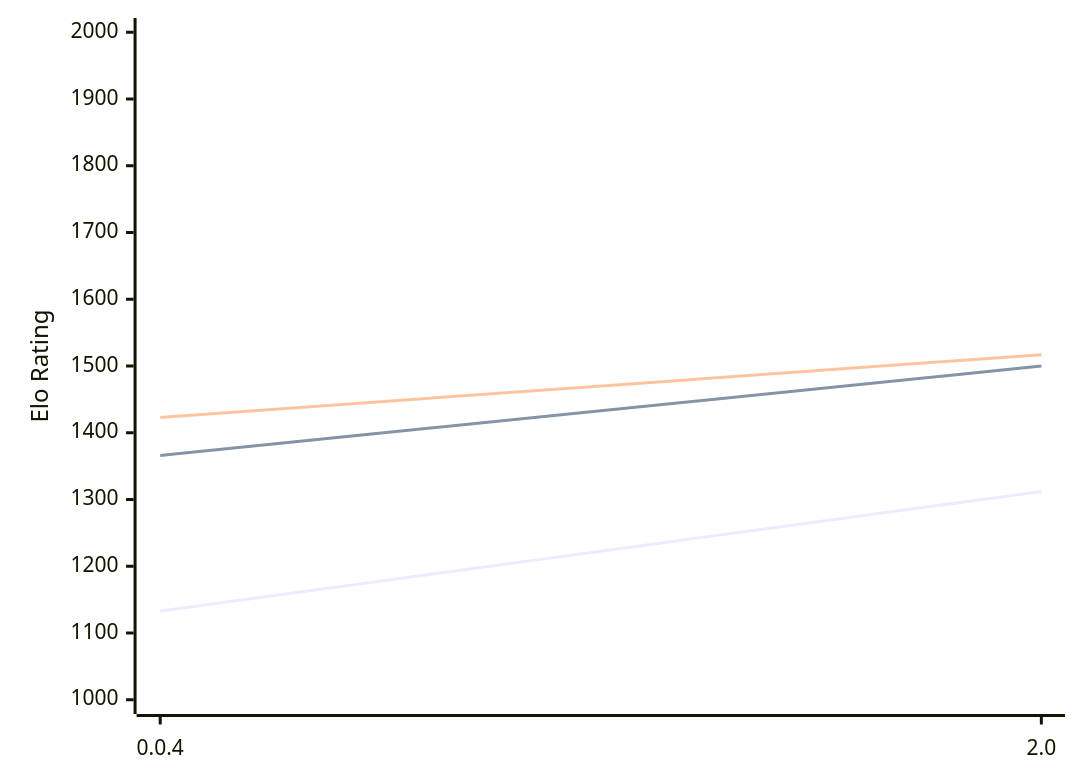
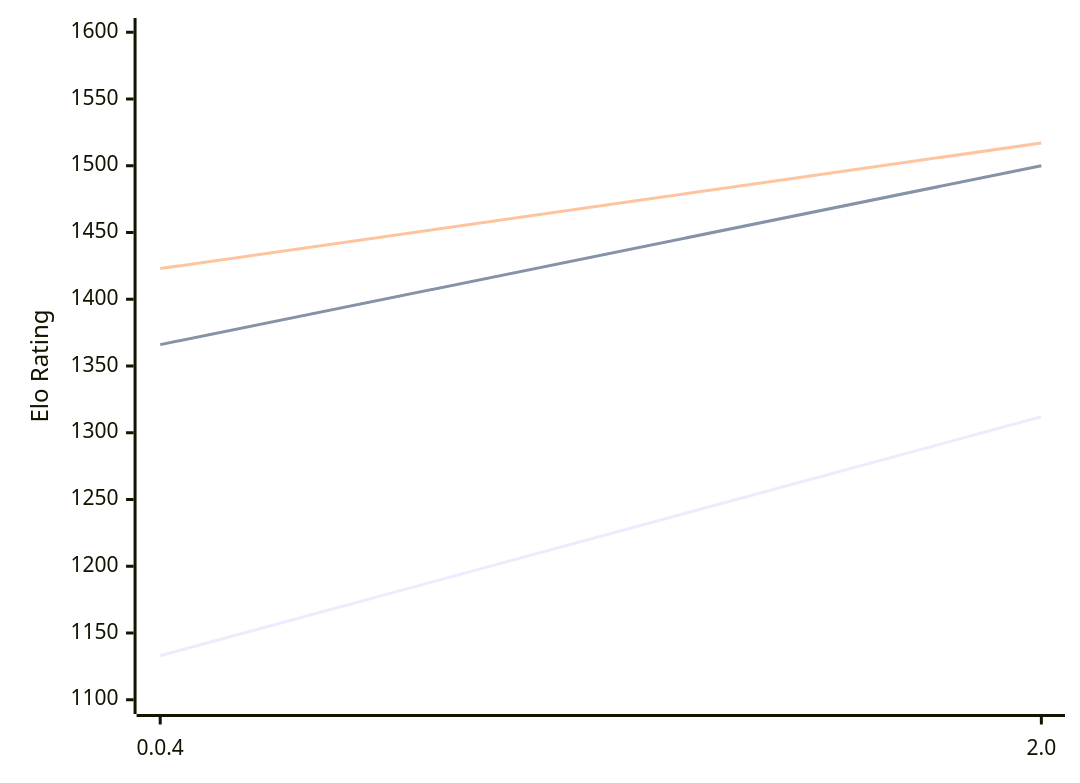
The diagram in engines/Oops!Mate.md (computer-chess-index/cci), drawn with Mermaid before and after one commit. The commit also changed other lines of this file, not shown here.

Commit message:
Update CCI Ratings (ELO VLTC) - 2026-02-10

````diff
--- a/engines/Oops!Mate.md
+++ b/engines/Oops!Mate.md
@@ -48,9 +48,9 @@
 ```mermaid
 %%{init: {"theme":"base","themeVariables":{"seriesColors:['#a3a3a3','#222221','#faa371']}}}%%
 xychart-beta
   x-axis ["0.0.4", "2.0"]
-  y-axis "Elo Rating" 1000 --> 2000
+  y-axis "Elo Rating" 1100 --> 1600
   line "STC (8.0+0.08s)" [1133, 1312]
   line "LTC (60.0+0.60s)" [1366, 1500]
   line "VLTC (2m24s+1.12s)" [1423, 1517]
 ```
````
